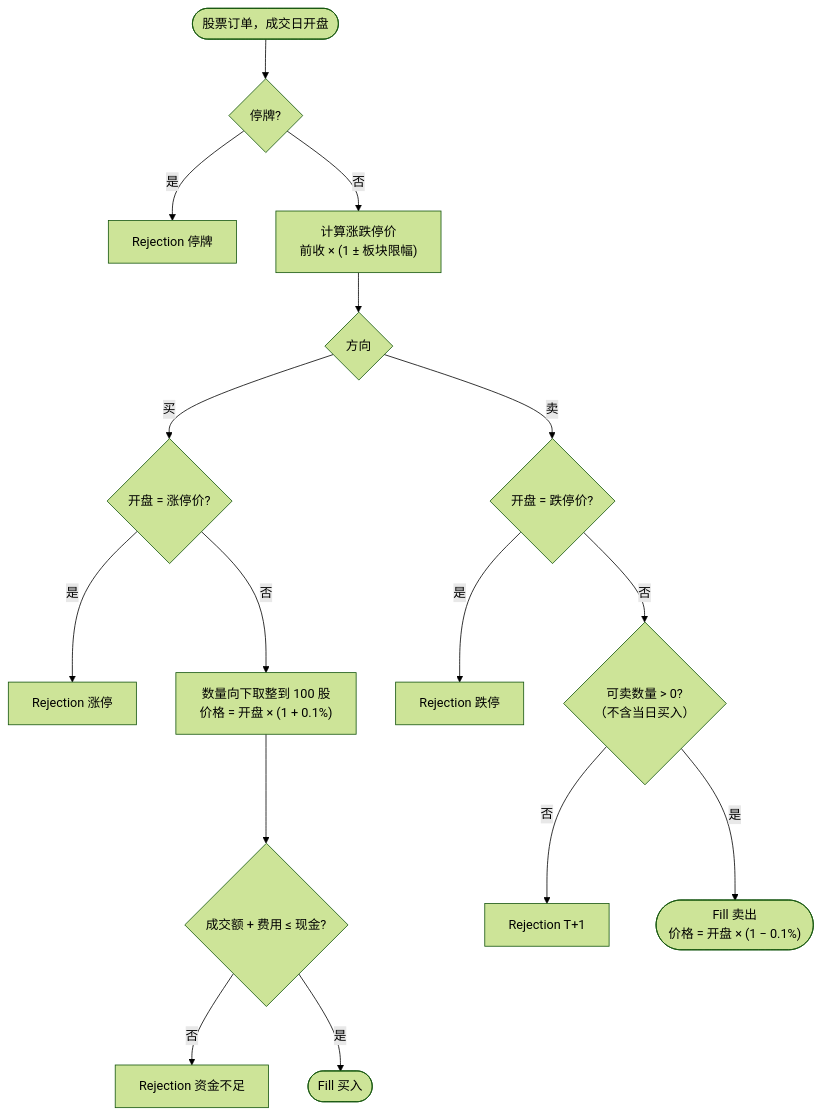
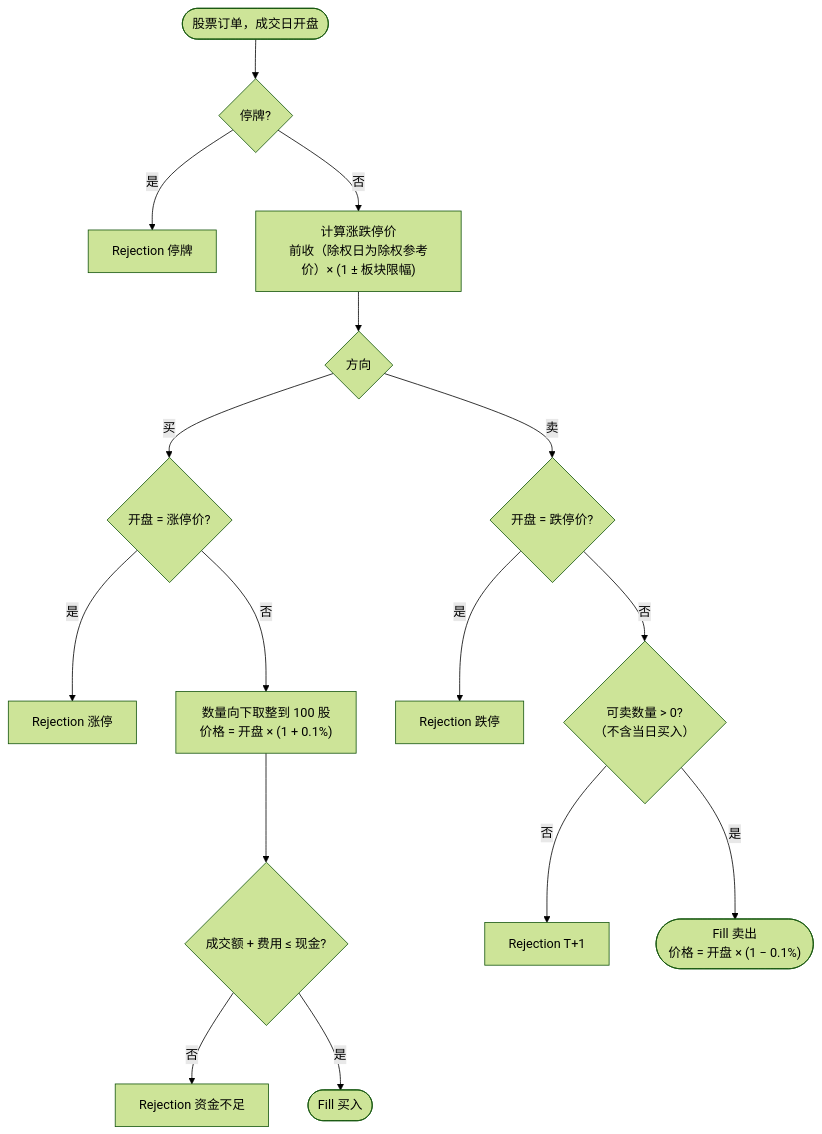
One commit to guevara12345/quant changed the fourth of 8 diagrams in docs/design.md. Above: the diagram before and after it, drawn with Mermaid (forest theme). The commit also changed other lines of this file and 11 other files, not shown here.

````diff
--- a/docs/design.md
+++ b/docs/design.md
@@ -178,18 +177,18 @@
 ```mermaid
 flowchart TD
     O([股票订单，成交日开盘]) --> S{停牌?}
     S -- 是 --> RJ1[Rejection 停牌]
-    S -- 否 --> L["计算涨跌停价<br/>前收 × (1 ± 板块限幅)"]
+    S -- 否 --> L["计算涨跌停价<br/>前收（除权日为除权参考价）× (1 ± 板块限幅)"]
     L --> Side{方向}
     Side -- 买 --> LU{开盘 = 涨停价?}
     LU -- 是 --> RJ2[Rejection 涨停]
     LU -- 否 --> Q["数量向下取整到 100 股<br/>价格 = 开盘 × (1 + 0.1%)"]
     Q --> Cash{"成交额 + 费用 ≤ 现金?"}
     Cash -- 否 --> RJ3[Rejection 资金不足]
     Cash -- 是 --> FB([Fill 买入])
     Side -- 卖 --> LD{开盘 = 跌停价?}
     LD -- 是 --> RJ4[Rejection 跌停]
     LD -- 否 --> T1{"可卖数量 > 0?<br/>（不含当日买入）"}
     T1 -- 否 --> RJ5[Rejection T+1]
     T1 -- 是 --> FS(["Fill 卖出<br/>价格 = 开盘 × (1 − 0.1%)"])
 ```
````
